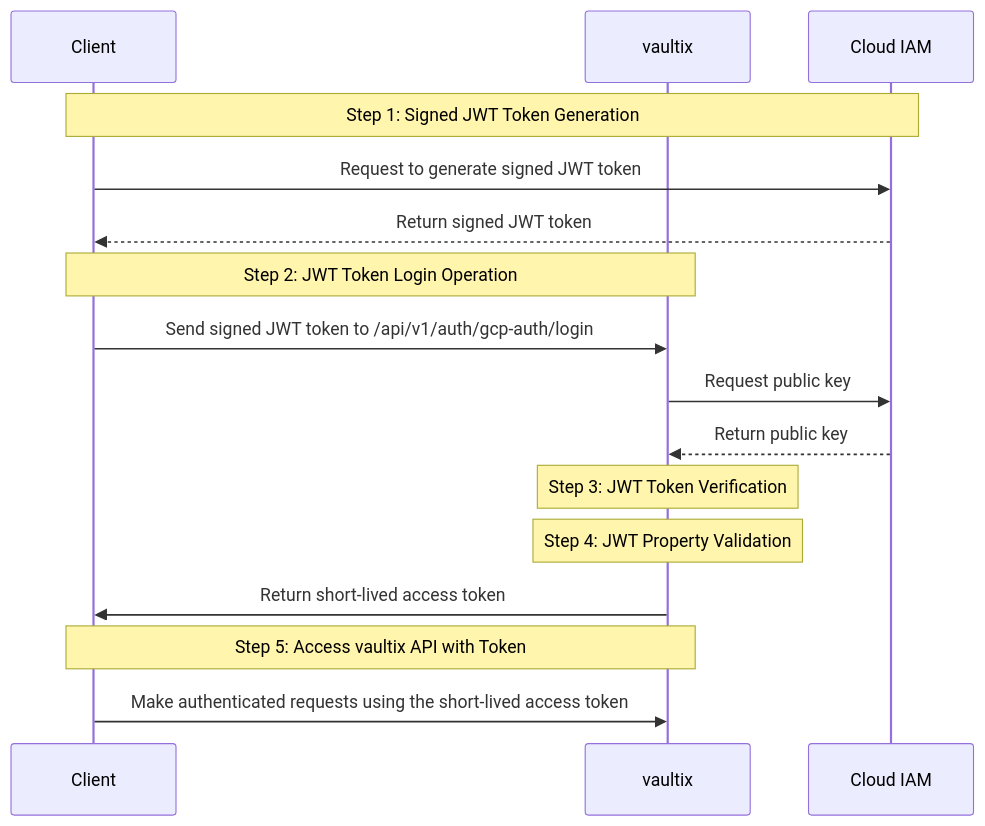
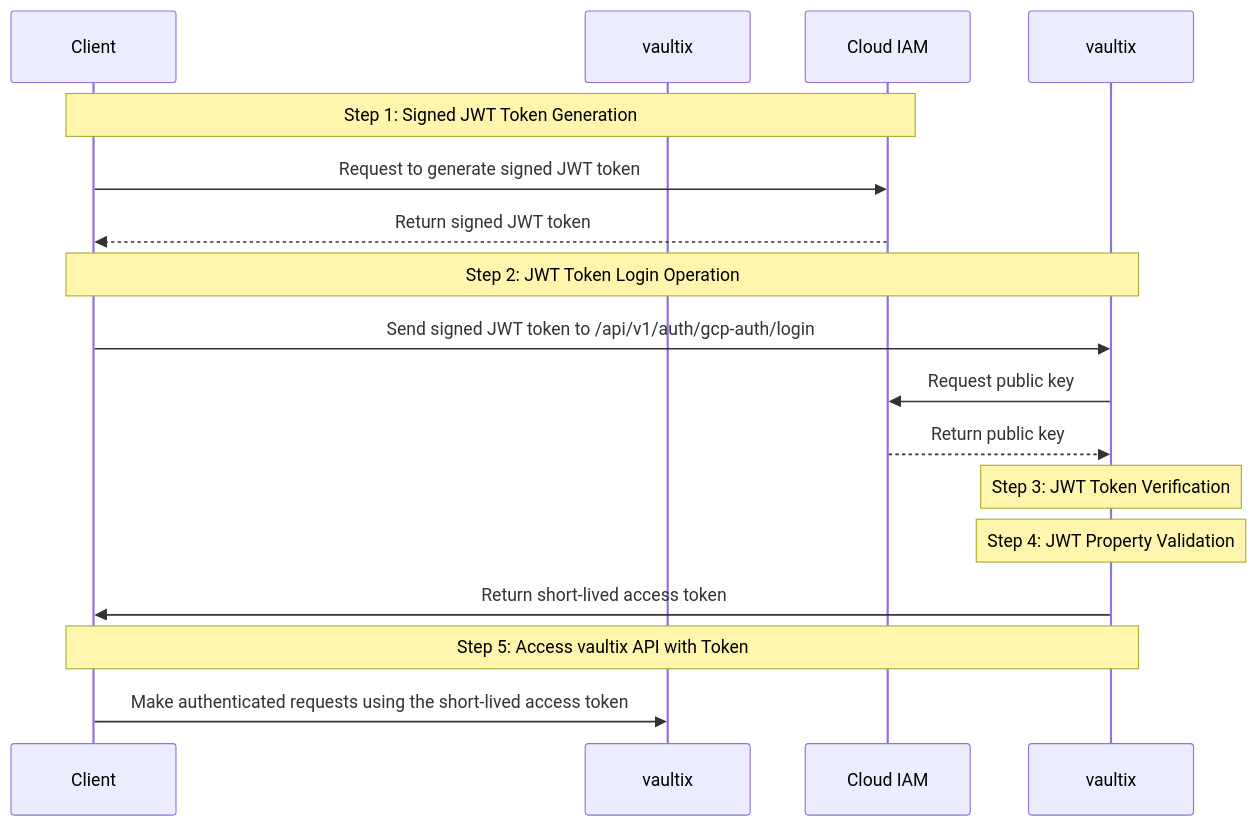
One commit to shippinAI/vaultix changed the second of 2 diagrams in core/docs/documentation/platform/identities/gcp-auth.mdx. Above: the diagram before and after it, drawn with Mermaid. The commit also changed other lines of this file and 52 other files, not shown here.

````diff
--- a/core/docs/documentation/platform/identities/gcp-auth.mdx
+++ b/core/docs/documentation/platform/identities/gcp-auth.mdx
@@ -187,22 +187,22 @@
 ```mermaid
 sequenceDiagram
   participant GCE as Client
-  participant Infis as vaultix
+  participant vaultixix as vaultix
   participant Google as Cloud IAM
 
   Note over GCE,Google: Step 1: Signed JWT Token Generation
   GCE->>Google: Request to generate signed JWT token
   Google-->>GCE: Return signed JWT token
 
-  Note over GCE,Infis: Step 2: JWT Token Login Operation
-  GCE->>Infis: Send signed JWT token to /api/v1/auth/gcp-auth/login
-  Infis->>Google: Request public key
-  Google-->>Infis: Return public key
+  Note over GCE,vaultix: Step 2: JWT Token Login Operation
+  GCE->>vaultix: Send signed JWT token to /api/v1/auth/gcp-auth/login
+  vaultix->>Google: Request public key
+  Google-->>vaultix: Return public key
 
-  Note over Infis: Step 3: JWT Token Verification
-  Note over Infis: Step 4: JWT Property Validation
-  Infis->>GCE: Return short-lived access token
+  Note over vaultix: Step 3: JWT Token Verification
+  Note over vaultix: Step 4: JWT Property Validation
+  vaultix->>GCE: Return short-lived access token
 
-  Note over GCE,Infis: Step 5: Access vaultix API with Token
-  GCE->>Infis: Make authenticated requests using the short-lived access token
+  Note over GCE,vaultix: Step 5: Access vaultix API with Token
+  GCE->>vaultixix: Make authenticated requests using the short-lived access token
 ```
````
